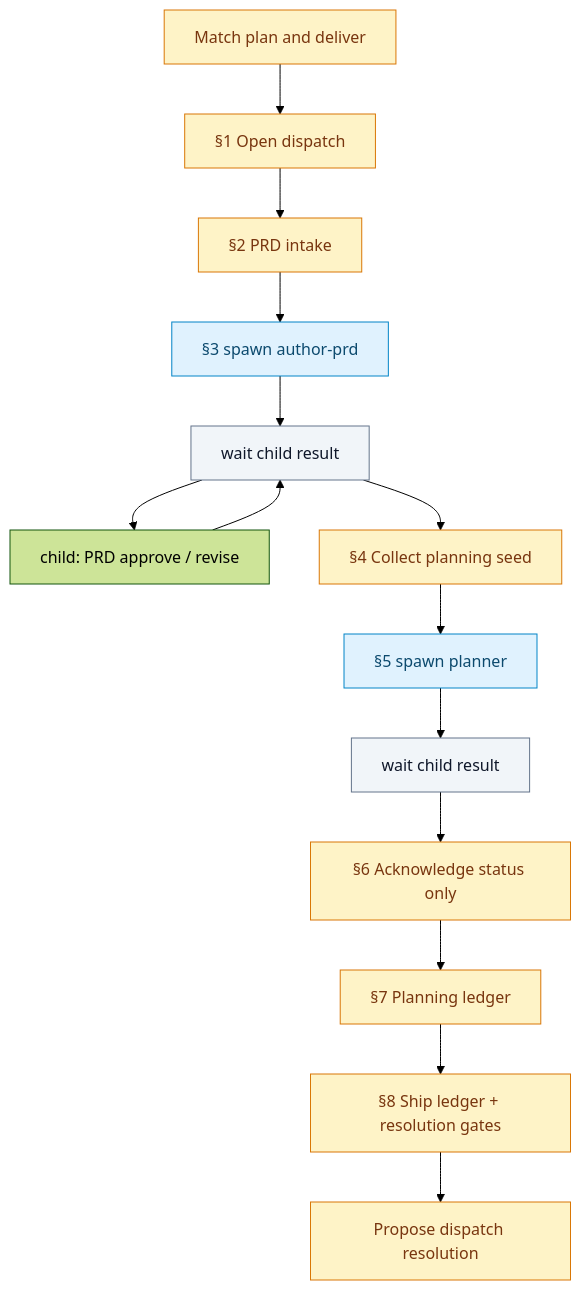
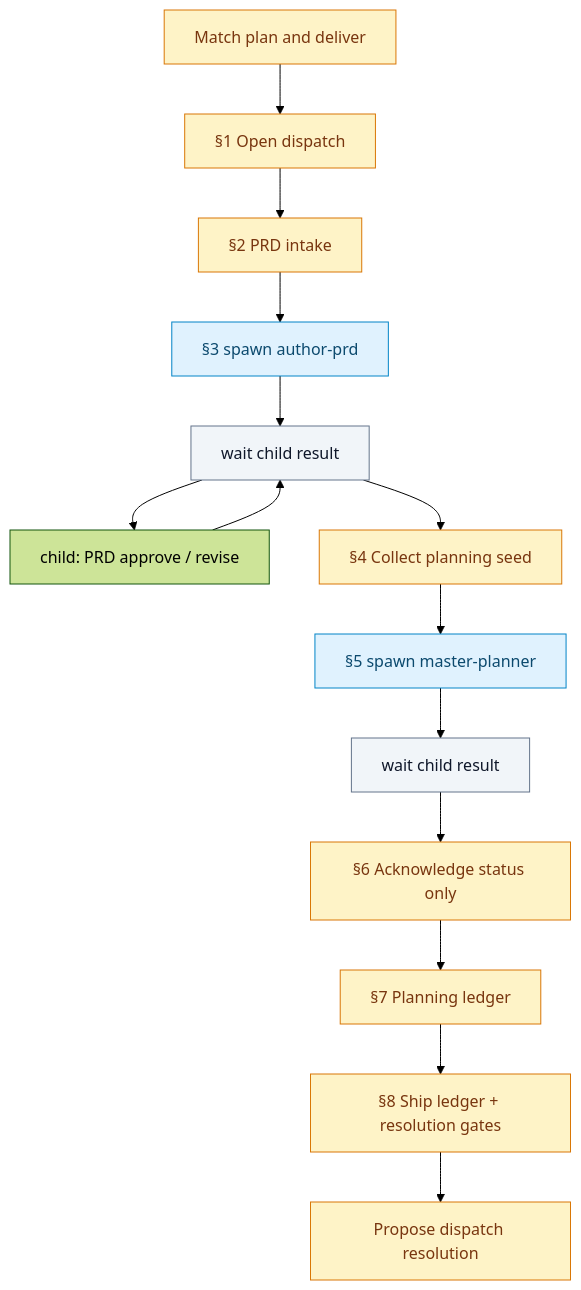
The fourth of 5 diagrams in missions/plan-and-deliver/plan.mdc (sedea-centers/research-and-development), drawn with Mermaid (forest theme) before and after one commit. The commit also changed other lines of this file and 22 other files, not shown here.

First line of the commit message:
Rename planner skill to master-planner in plan-and-deliver.

````diff
--- a/missions/plan-and-deliver/plan.mdc
+++ b/missions/plan-and-deliver/plan.mdc
@@ -218,21 +218,21 @@
 ```mermaid
 flowchart TD
   classDef leader fill:#fef3c7,stroke:#d97706,color:#78350f
   classDef wait fill:#f1f5f9,stroke:#64748b,color:#0f172a
   classDef spawn fill:#e0f2fe,stroke:#0284c7,color:#0c4a6e
 
   CMD["Match plan and deliver"]:::leader
   CMD --> S1["§1 Open dispatch"]:::leader
   S1 --> S2["§2 PRD intake"]:::leader
   S2 --> AH["§3 spawn author-prd"]:::spawn
   AH --> AHW["wait child result"]:::wait
   AHW --> APR["child: PRD approve / revise"]:::child
   APR --> AHW
   AHW --> SEED["§4 Collect planning seed"]:::leader
-  SEED --> MP["§5 spawn planner"]:::spawn
+  SEED --> MP["§5 spawn master-planner"]:::spawn
   MP --> MPW["wait child result"]:::wait
   MPW --> ACK["§6 Acknowledge status only"]:::leader
   ACK --> LED["§7 Planning ledger"]:::leader
   LED --> SHIP["§8 Ship ledger + resolution gates"]:::leader
   SHIP --> DONE["Propose dispatch resolution"]:::leader
 ```
````
